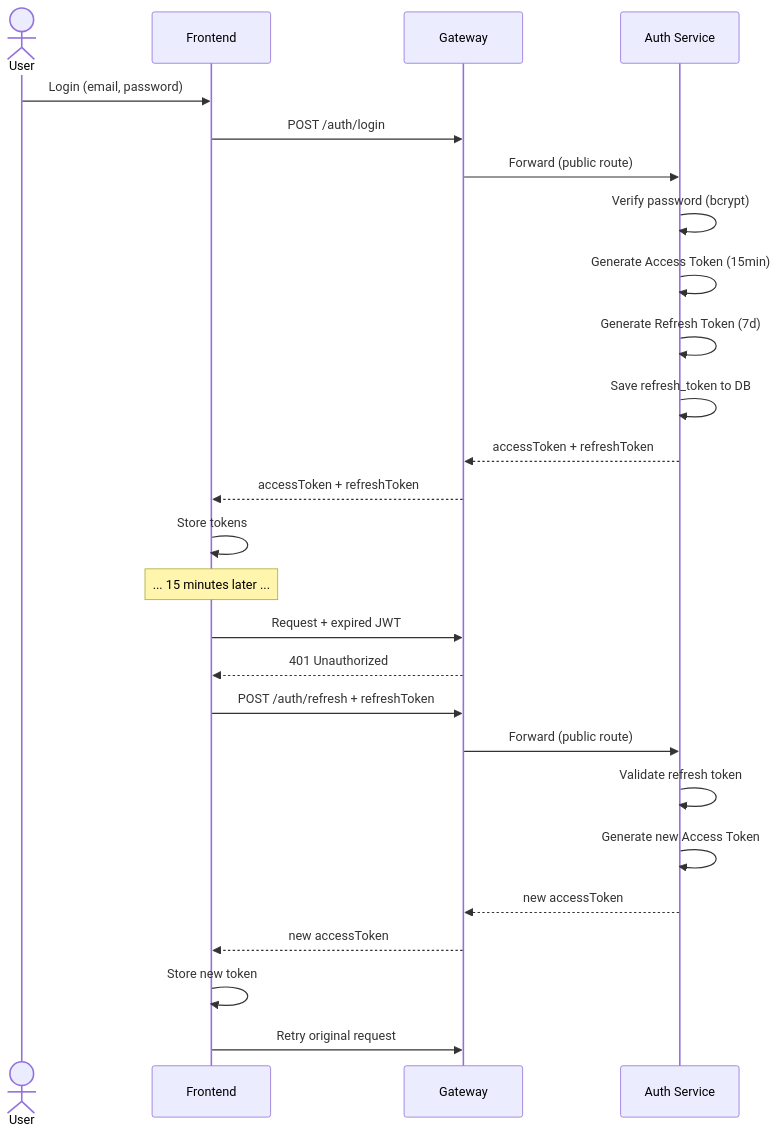
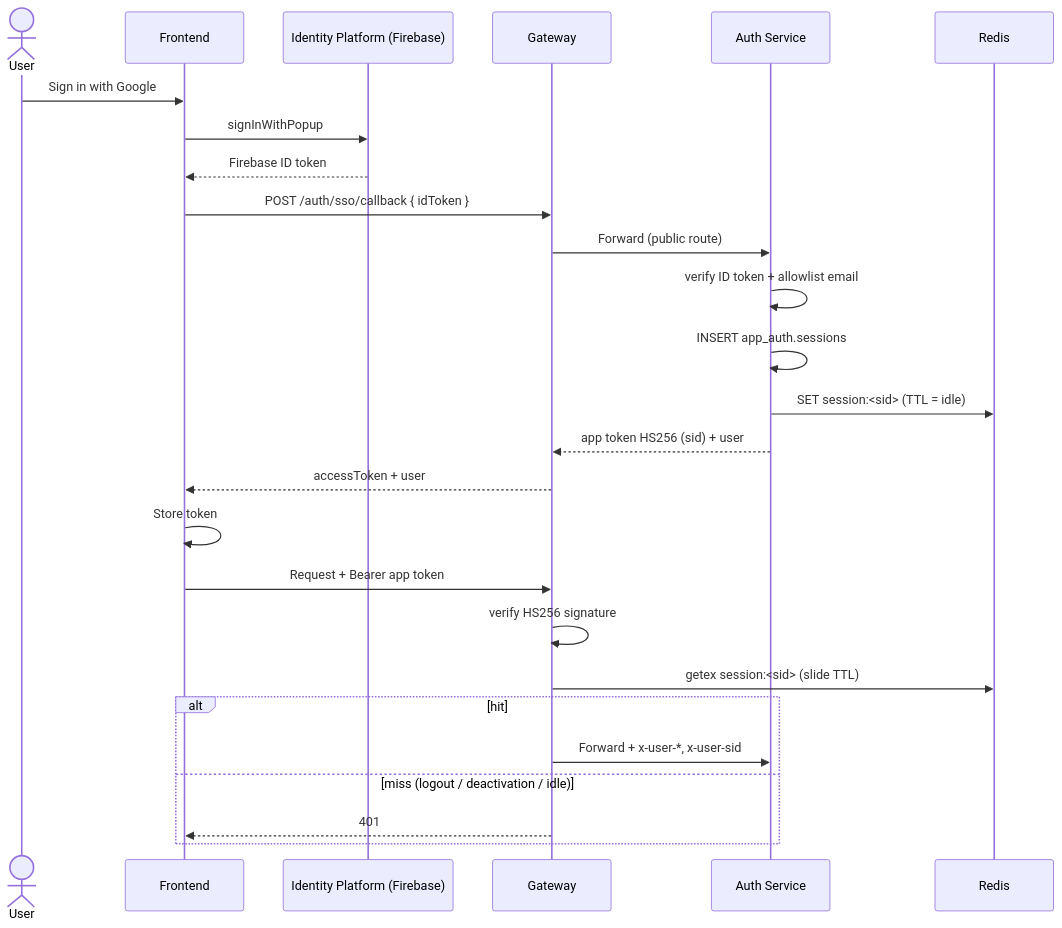
One commit to ndmthuan97/ERP-Prototype-Example changed the third of 3 diagrams in docs/architecture/rbac.md. Above: the diagram before and after it, drawn with Mermaid. The commit also changed other lines of this file and 200 other files, not shown here.

First line of the commit message:
feat(auth): integrate Google sign-in with Firebase Identity Platform

````diff
--- a/docs/architecture/rbac.md
+++ b/docs/architecture/rbac.md
@@ -304,33 +319,30 @@
 ```mermaid
 sequenceDiagram
     actor User
     participant FE as Frontend
+    participant IdP as Identity Platform (Firebase)
     participant GW as Gateway
     participant Auth as Auth Service
+    participant Redis
 
-    User->>FE: Login (email, password)
-    FE->>GW: POST /auth/login
+    User->>FE: Sign in with Google
+    FE->>IdP: signInWithPopup
+    IdP-->>FE: Firebase ID token
+    FE->>GW: POST /auth/sso/callback { idToken }
     GW->>Auth: Forward (public route)
-    Auth->>Auth: Verify password (bcrypt)
-    Auth->>Auth: Generate Access Token (15min)
-    Auth->>Auth: Generate Refresh Token (7d)
-    Auth->>Auth: Save refresh_token to DB
-    Auth-->>GW: accessToken + refreshToken
-    GW-->>FE: accessToken + refreshToken
-    FE->>FE: Store tokens
+    Auth->>Auth: verify ID token + allowlist email
+    Auth->>Auth: INSERT app_auth.sessions
+    Auth->>Redis: SET session:<sid> (TTL = idle)
+    Auth-->>GW: app token HS256 (sid) + user
+    GW-->>FE: accessToken + user
+    FE->>FE: Store token
 
-    Note over FE: ... 15 minutes later ...
-
-    FE->>GW: Request + expired JWT
-    GW-->>FE: 401 Unauthorized
-
-    FE->>GW: POST /auth/refresh + refreshToken
-    GW->>Auth: Forward (public route)
-    Auth->>Auth: Validate refresh token
-    Auth->>Auth: Generate new Access Token
-    Auth-->>GW: new accessToken
-    GW-->>FE: new accessToken
-
-    FE->>FE: Store new token
-    FE->>GW: Retry original request
+    FE->>GW: Request + Bearer app token
+    GW->>GW: verify HS256 signature
+    GW->>Redis: getex session:<sid> (slide TTL)
+    alt hit
+        GW->>Auth: Forward + x-user-*, x-user-sid
+    else miss (logout / deactivation / idle)
+        GW-->>FE: 401
+    end
 ```
````
